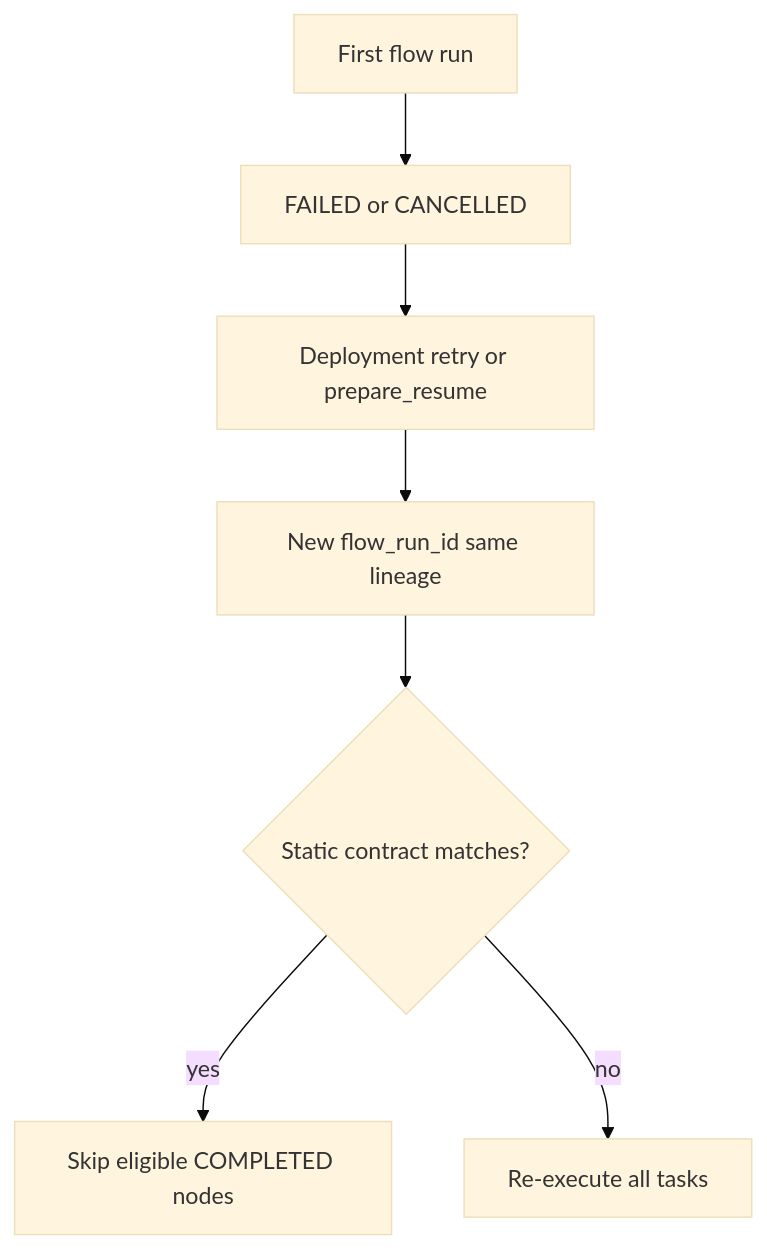
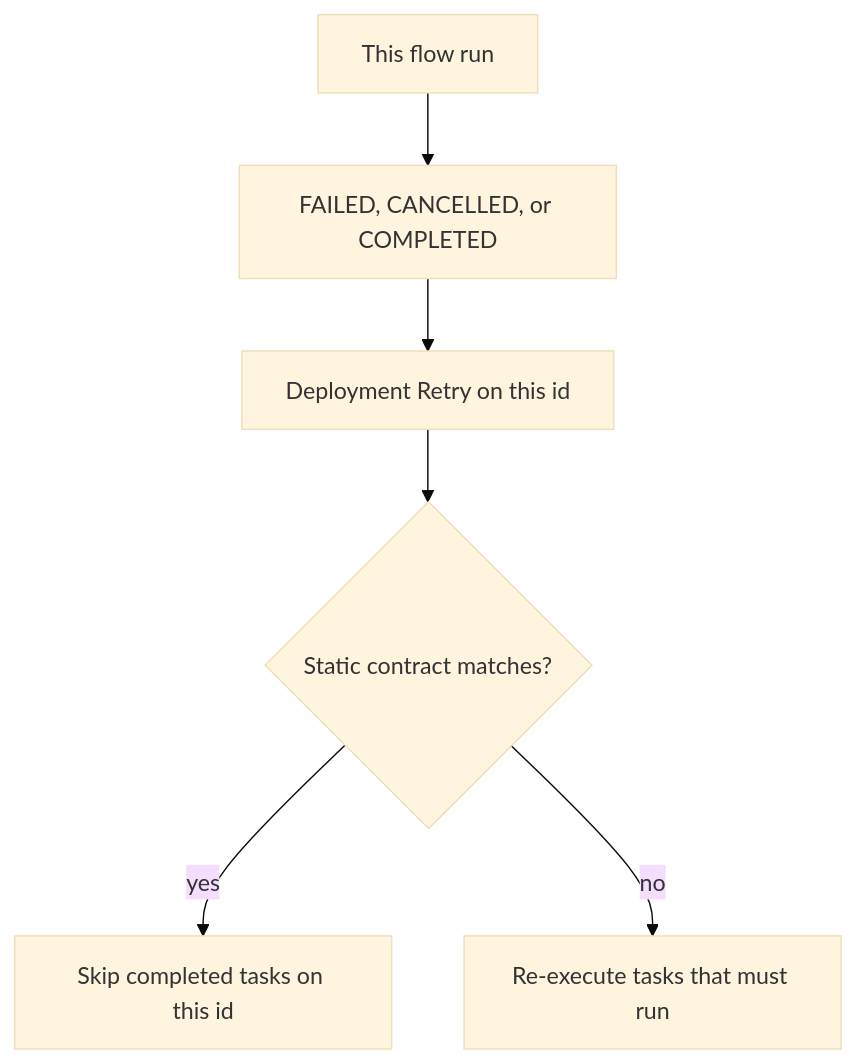
One commit to PPPSDavid/rust-based-prefect changed the diagram in docs/how-to/graph-mode-and-retry.md. Above: the diagram before and after it, drawn with Mermaid (base theme). The commit also changed other lines of this file and 31 other files, not shown here.

First line of the commit message:
feat: retry the same flow run in place

````diff
--- a/docs/how-to/graph-mode-and-retry.md
+++ b/docs/how-to/graph-mode-and-retry.md
@@ -63,13 +63,12 @@
 ```mermaid
 flowchart TD
-  run1[First flow run]
-  fail[FAILED or CANCELLED]
-  retry[Deployment retry or prepare_resume]
-  run2[New flow_run_id same lineage]
+  run1[This flow run]
+  fail[FAILED, CANCELLED, or COMPLETED]
+  retry[Deployment Retry on this id]
   contract{Static contract matches?}
-  skip[Skip eligible COMPLETED nodes]
-  full[Re-execute all tasks]
-  run1 --> fail --> retry --> run2 --> contract
+  skip[Skip completed tasks on this id]
+  full[Re-execute tasks that must run]
+  run1 --> fail --> retry --> contract
   contract -->|yes| skip
   contract -->|no| full
 ```
````
